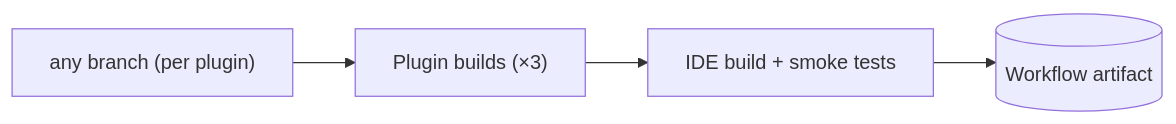
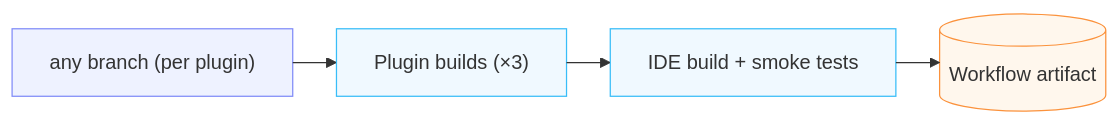
Before and after one commit to NipunaRanasinghe/wso2i-process-guides: the second of 5 diagrams in docs/cicd-pipelines.md, drawn with Mermaid. The commit also changed other lines of this file and 1 other file, not shown here.

Commit message:
Enhance CI/CD and component architecture documentation with improved Mermaid diagram clarity and structure

````diff
--- a/docs/cicd-pipelines.md
+++ b/docs/cicd-pipelines.md
@@ -34,6 +38,10 @@
 ```mermaid
+%%{init: {"layout": "elk"}}%%
 graph LR
-    B["any branch (per plugin)"] --> PL["Plugin builds (×3)"]
-    PL --> AS["IDE build + smoke tests"]
-    AS --> IA[("Workflow artifact")]
+    B["any branch (per plugin)"]:::trigger --> PL["Plugin builds (×3)"]:::stage
+    PL --> AS["IDE build + smoke tests"]:::stage
+    AS --> IA[("Workflow artifact")]:::artifact
+    classDef trigger stroke:#818cf8,fill:#eef2ff
+    classDef stage stroke:#38bdf8,fill:#f0f9ff
+    classDef artifact stroke:#fb923c,fill:#fff7ed
 ```
````
